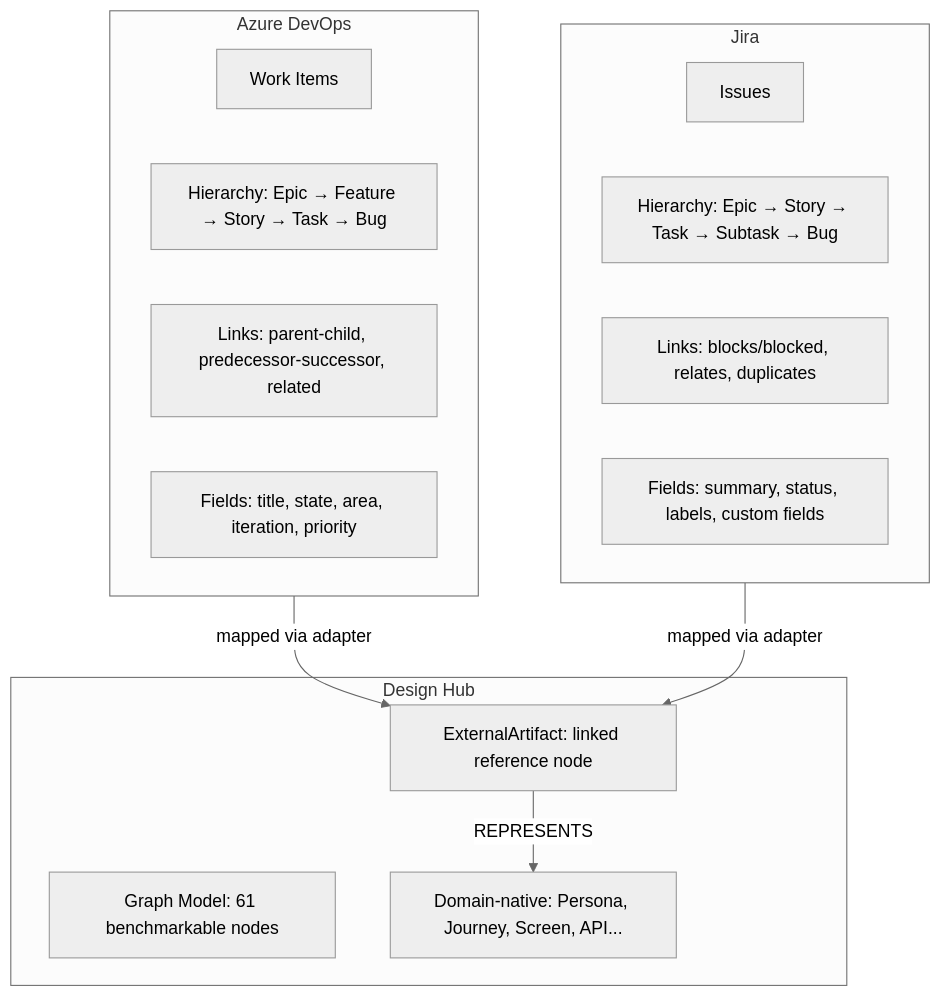
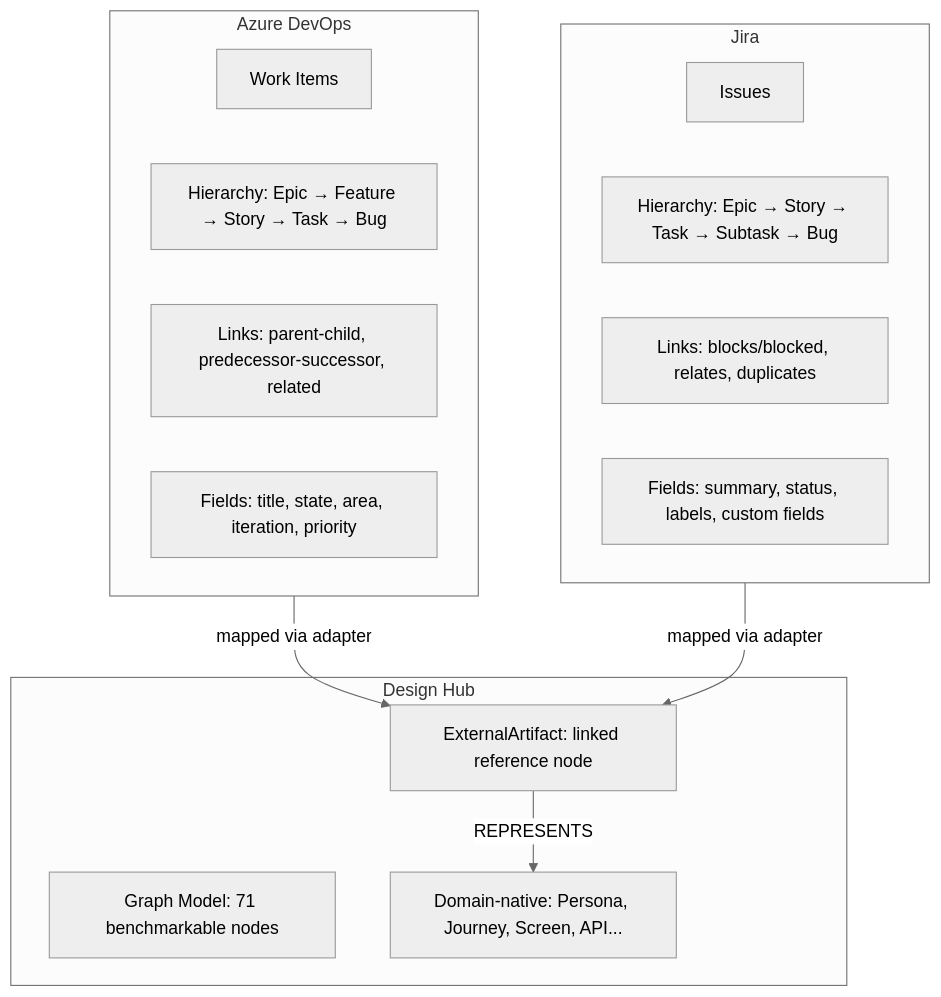
The first of 4 diagrams in documentation/azure-jira-benchmark.md (ThinkPlus-Consulting/design-hub), drawn with Mermaid (neutral theme) before and after one commit. The commit also changed 9 other files, not shown here.

````diff
--- a/documentation/azure-jira-benchmark.md
+++ b/documentation/azure-jira-benchmark.md
@@ -49,26 +49,26 @@
 ```mermaid
 graph TD
     subgraph ADO["Azure DevOps"]
         ADO_WI[Work Items]
         ADO_H[Hierarchy: Epic → Feature → Story → Task → Bug]
         ADO_L[Links: parent-child, predecessor-successor, related]
         ADO_F[Fields: title, state, area, iteration, priority]
     end
 
     subgraph JIRA["Jira"]
         JIRA_I[Issues]
         JIRA_H[Hierarchy: Epic → Story → Task → Subtask → Bug]
         JIRA_L[Links: blocks/blocked, relates, duplicates]
         JIRA_F[Fields: summary, status, labels, custom fields]
     end
 
     subgraph DH["Design Hub"]
-        DH_G[Graph Model: 61 benchmarkable nodes]
+        DH_G[Graph Model: 71 benchmarkable nodes]
         DH_EA[ExternalArtifact: linked reference node]
         DH_DOM[Domain-native: Persona, Journey, Screen, API...]
     end
 
     ADO -->|mapped via adapter| DH_EA
     JIRA -->|mapped via adapter| DH_EA
     DH_EA -->|REPRESENTS| DH_DOM
 ```
````
